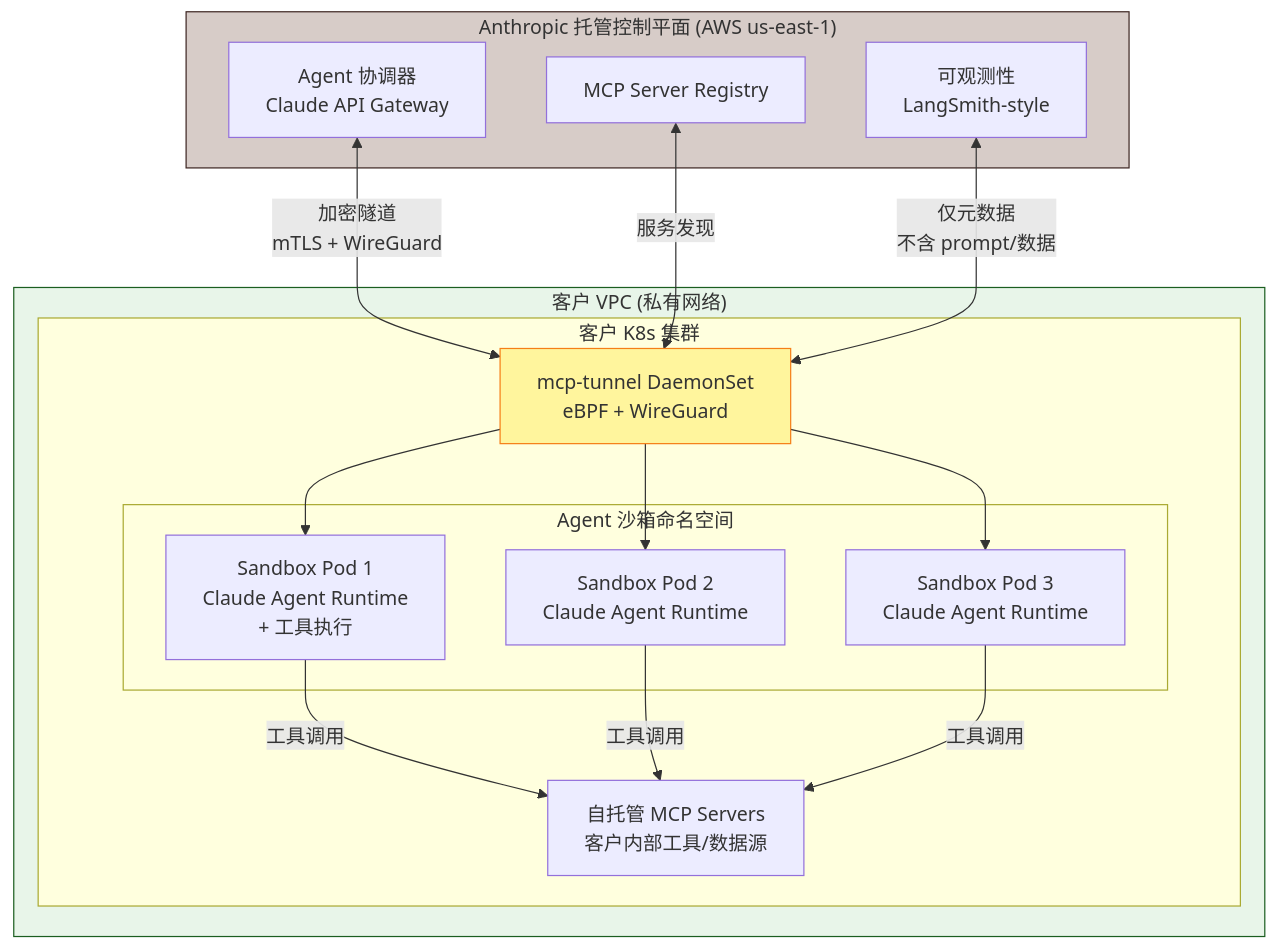
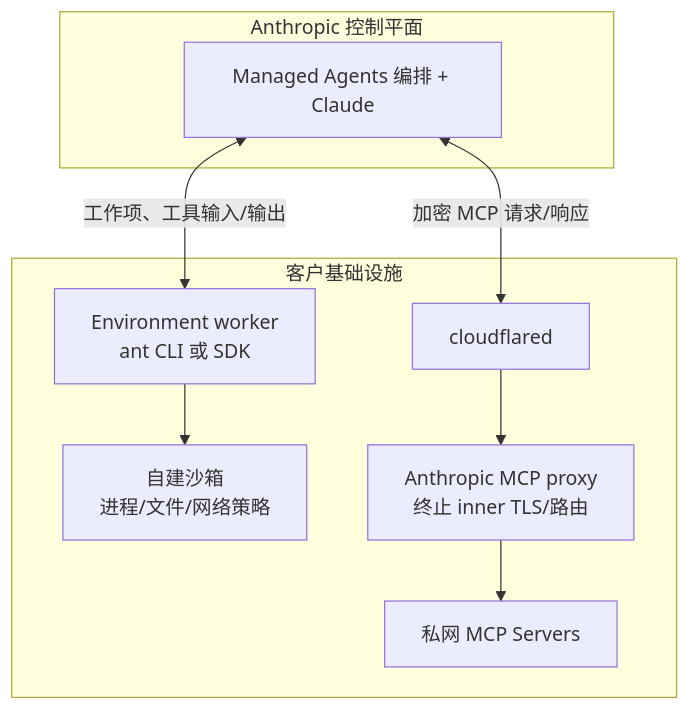
Before and after one commit to BeefWrap4/LLM-Knowledge-Base: the fifth of 7 diagrams in 24_云原生部署与工程化.md, drawn with Mermaid. The commit also changed other lines of this file and 454 other files, not shown here.

````diff
--- a/24_云原生部署与工程化.md
+++ b/24_云原生部署与工程化.md
@@ -2288,34 +2307,20 @@
 ```mermaid
 flowchart TB
-    subgraph Anthropic["Anthropic 托管控制平面 (AWS us-east-1)"]
-        CTRL["Agent 协调器<br/>Claude API Gateway"]
-        MCP_SVR["MCP Server Registry"]
-        OBS["可观测性<br/>LangSmith-style"]
+    subgraph Anthropic["Anthropic 控制平面"]
+        CTRL["Managed Agents 编排 + Claude"]
     end
 
-    subgraph CustomerVPC["客户 VPC (私有网络)"]
-        subgraph K8s["客户 K8s 集群"]
-            subgraph Sandboxes["Agent 沙箱命名空间"]
-                SB1["Sandbox Pod 1<br/>Claude Agent Runtime<br/>+ 工具执行"]
-                SB2["Sandbox Pod 2<br/>Claude Agent Runtime"]
-                SB3["Sandbox Pod 3<br/>Claude Agent Runtime"]
-            end
-            Tunnel["mcp-tunnel DaemonSet<br/>eBPF + WireGuard"]
-            MCPS["自托管 MCP Servers<br/>客户内部工具/数据源"]
-        end
+    subgraph Customer["客户基础设施"]
+        WORKER["Environment worker<br/>ant CLI 或 SDK"]
+        SANDBOX["自建沙箱<br/>进程/文件/网络策略"]
+        CF["cloudflared"]
+        PROXY["Anthropic MCP proxy<br/>终止 inner TLS/路由"]
+        MCPS["私网 MCP Servers"]
     end
 
-    CTRL <-->|"加密隧道<br/>mTLS + WireGuard"| Tunnel
-    MCP_SVR <-->|"服务发现"| Tunnel
-    OBS <-->|"仅元数据<br/>不含 prompt/数据"| Tunnel
-    Tunnel --> SB1
-    Tunnel --> SB2
-    Tunnel --> SB3
-    SB1 -->|"工具调用"| MCPS
-    SB2 -->|"工具调用"| MCPS
-    SB3 -->|"工具调用"| MCPS
-
-    style Anthropic fill:#d7ccc8,stroke:#3e2723
-    style CustomerVPC fill:#e8f5e9,stroke:#1b5e20
-    style Tunnel fill:#fff59d,stroke:#f57f17
+    CTRL <-->|"工作项、工具输入/输出"| WORKER
+    WORKER --> SANDBOX
+    CTRL <-->|"加密 MCP 请求/响应"| CF
+    CF --> PROXY
+    PROXY --> MCPS
 ```
````
